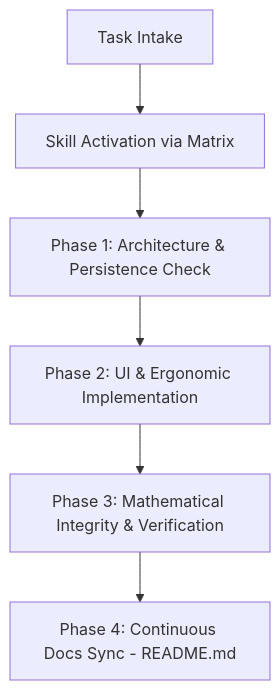
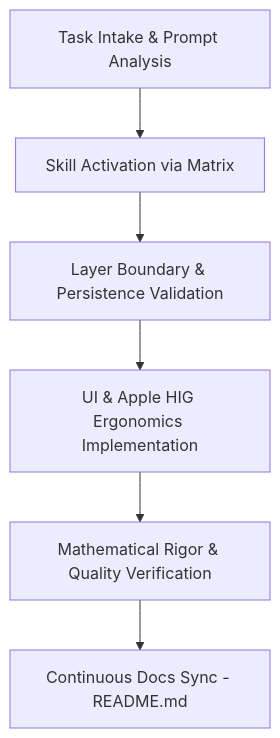
The diagram in AGENTS.md (herdofpane/MyBudget), drawn with Mermaid before and after one commit. The commit also changed other lines of this file and 3 other files, not shown here.

First line of the commit message:
chore(git): automate hooks setup and optimize skill orchestrator matrix

````diff
--- a/AGENTS.md
+++ b/AGENTS.md
@@ -44,8 +44,8 @@
 ```mermaid
 graph TD
-    A[Task Intake] --> B[Skill Activation via Matrix]
-    B --> C[Phase 1: Architecture & Persistence Check]
-    C --> D[Phase 2: UI & Ergonomic Implementation]
-    D --> E[Phase 3: Mathematical Integrity & Verification]
-    E --> F[Phase 4: Continuous Docs Sync - README.md]
+    A[Task Intake & Prompt Analysis] --> B[Skill Activation via Matrix]
+    B --> C[Layer Boundary & Persistence Validation]
+    C --> D[UI & Apple HIG Ergonomics Implementation]
+    D --> E[Mathematical Rigor & Quality Verification]
+    E --> F[Continuous Docs Sync - README.md]
 ```
````
